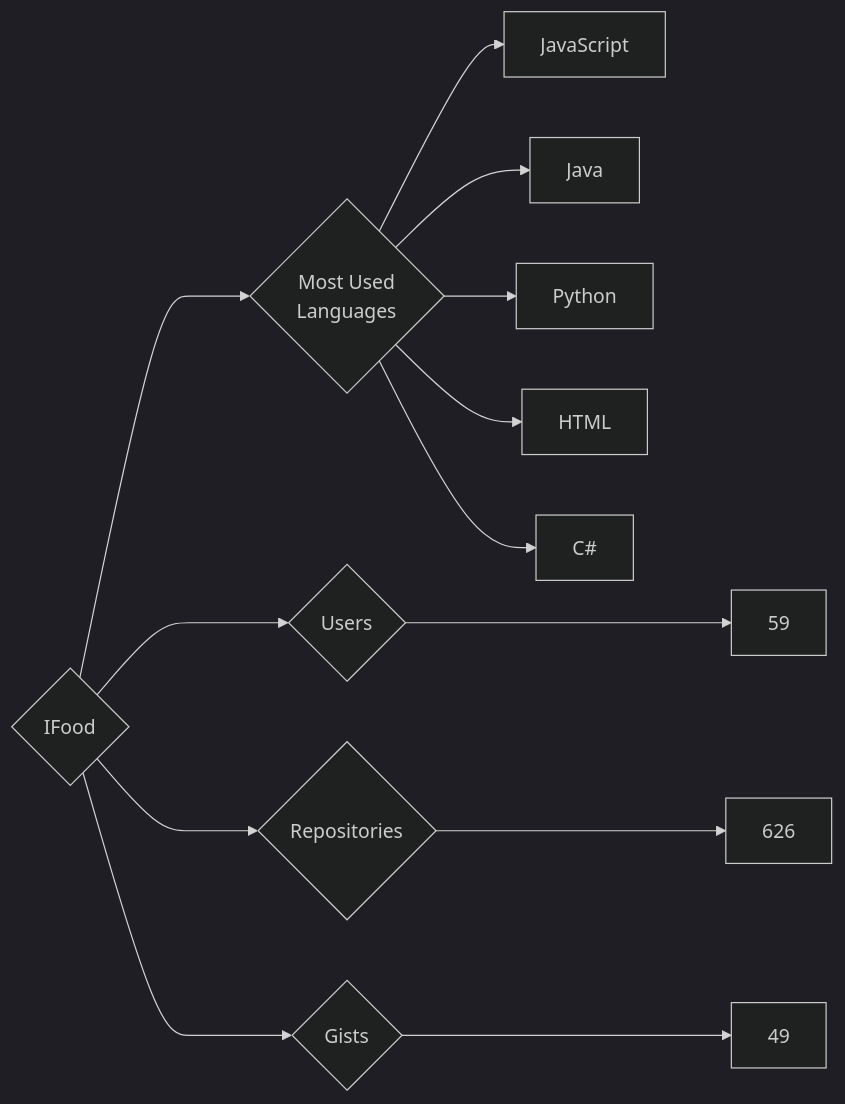
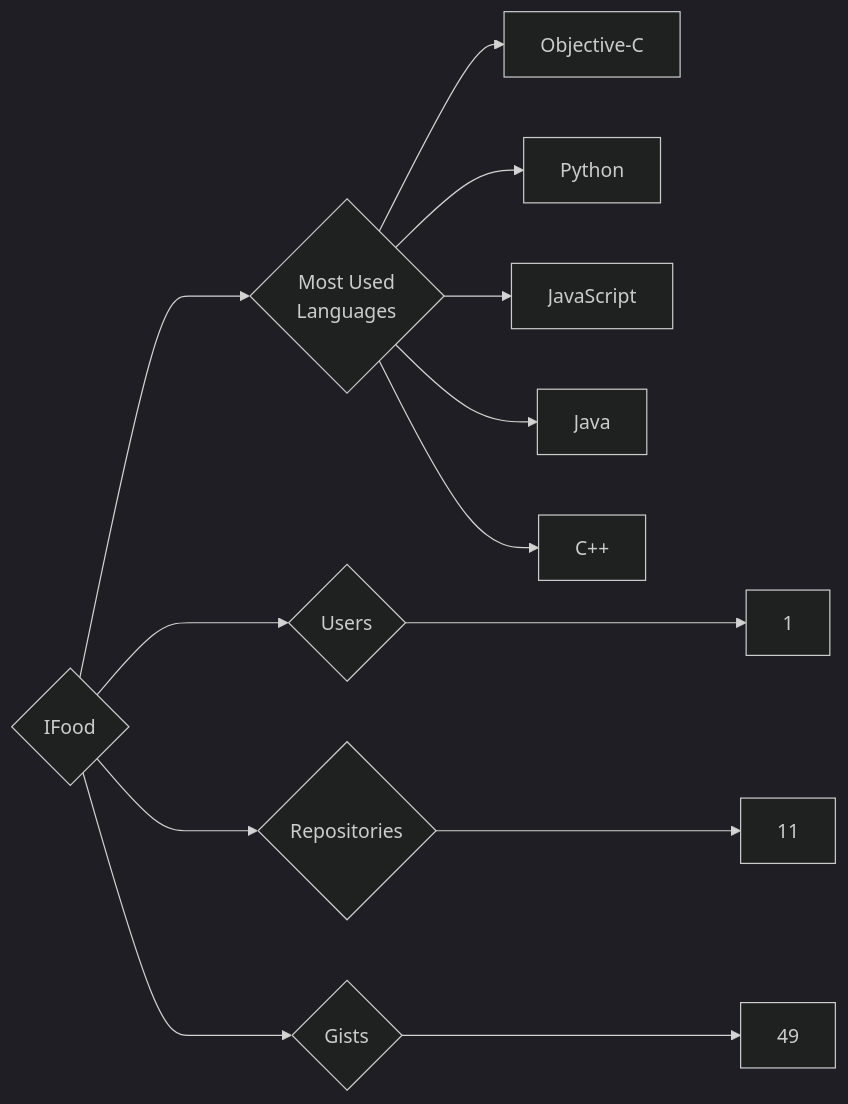
One commit to trickest/insiders changed the diagram in targets/IFood/README.md. Above: the diagram before and after it, drawn with Mermaid (dark theme). The commit also changed 681 other files, not shown here.

````diff
--- a/targets/IFood/README.md
+++ b/targets/IFood/README.md
@@ -3,13 +3,13 @@
 ```mermaid
 graph LR
 COMPANY_NAME{IFood}
-COMPANY_NAME ---> U{Users} ---> UN[59]
-COMPANY_NAME ---> R{Repositories} ---> RN[626]
+COMPANY_NAME ---> U{Users} ---> UN[1]
+COMPANY_NAME ---> R{Repositories} ---> RN[11]
 COMPANY_NAME ---> G{Gists} ---> GN[49]
 COMPANY_NAME ---> ML{Most Used<br>Languages}
+ML --> Objective-C[Objective-C]
+ML --> Python[Python]
 ML --> JavaScript[JavaScript]
 ML --> Java[Java]
-ML --> Python[Python]
-ML --> HTML[HTML]
-ML --> C#[C#]
+ML --> C++[C++]
 ```
````
